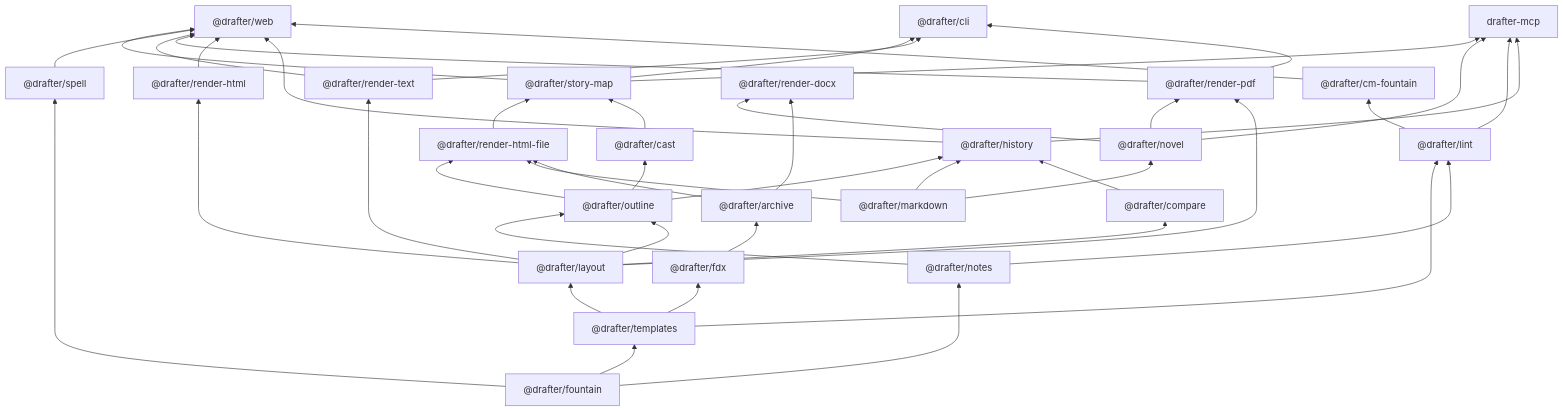
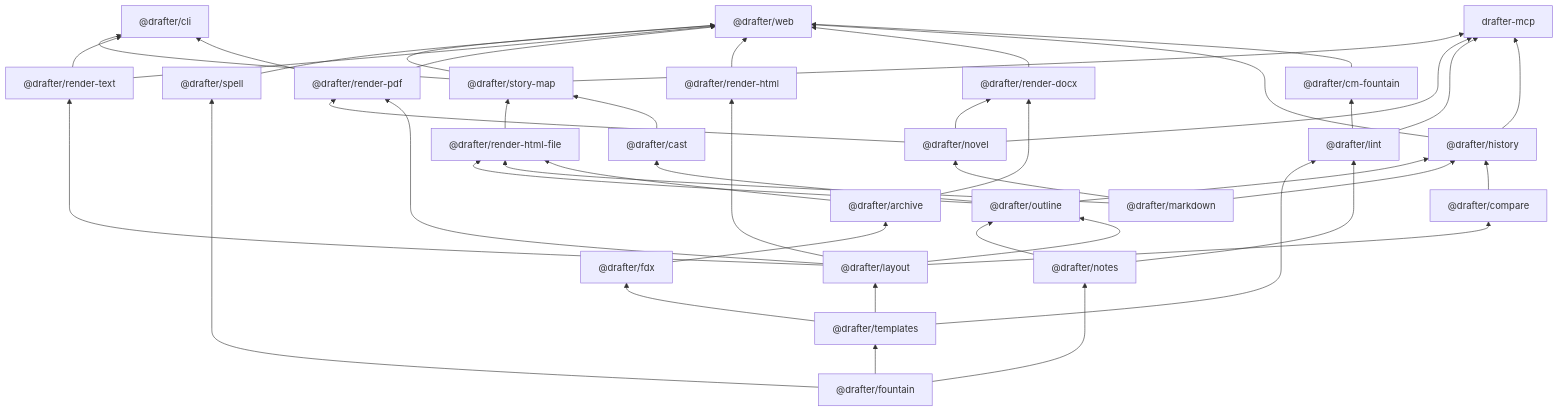
Before and after one commit to cschweda/drafter: the first of 5 diagrams in docs/technical-details.md, drawn with Mermaid. The commit also changed 25 other files, not shown here.

````diff
--- a/docs/technical-details.md
+++ b/docs/technical-details.md
@@ -38,69 +38,70 @@
 ```mermaid
 flowchart BT
   web["@drafter/web"]
   cli["@drafter/cli"]
   drafter_mcp["drafter-mcp"]
   cm_fountain["@drafter/cm-fountain"]
   outline["@drafter/outline"]
   compare["@drafter/compare"]
   history["@drafter/history"]
   cast["@drafter/cast"]
   story_map["@drafter/story-map"]
   render_pdf["@drafter/render-pdf"]
   render_html["@drafter/render-html"]
   render_html_file["@drafter/render-html-file"]
   render_text["@drafter/render-text"]
   render_docx["@drafter/render-docx"]
   layout["@drafter/layout"]
   lint["@drafter/lint"]
   fdx["@drafter/fdx"]
   archive["@drafter/archive"]
   templates["@drafter/templates"]
   notes["@drafter/notes"]
   spell["@drafter/spell"]
   markdown["@drafter/markdown"]
   novel["@drafter/novel"]
   fountain["@drafter/fountain"]
   cm_fountain --> web
   history --> web
+  render_docx --> web
   render_html --> web
   render_pdf --> web
   render_text --> web
   spell --> web
   story_map --> web
   render_pdf --> cli
   render_text --> cli
   story_map --> cli
   history --> drafter_mcp
   lint --> drafter_mcp
   novel --> drafter_mcp
   story_map --> drafter_mcp
   lint --> cm_fountain
   layout --> outline
   notes --> outline
   layout --> compare
   compare --> history
   markdown --> history
   outline --> history
   outline --> cast
   cast --> story_map
   render_html_file --> story_map
   layout --> render_pdf
   novel --> render_pdf
   layout --> render_html
   archive --> render_html_file
   markdown --> render_html_file
   outline --> render_html_file
   layout --> render_text
   archive --> render_docx
   novel --> render_docx
   templates --> layout
   notes --> lint
   templates --> lint
   templates --> fdx
   fdx --> archive
   fountain --> templates
   fountain --> notes
   fountain --> spell
   markdown --> novel
 ```
````
